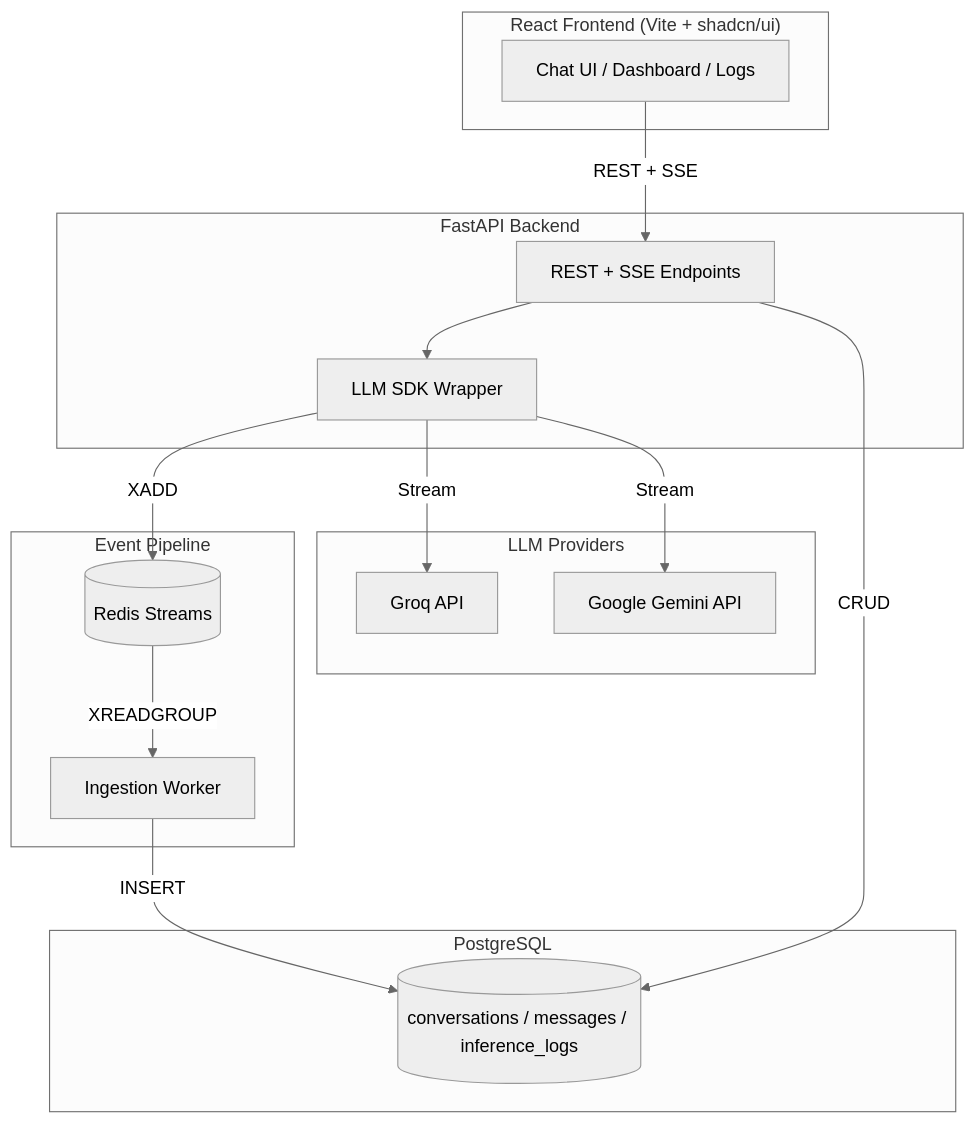
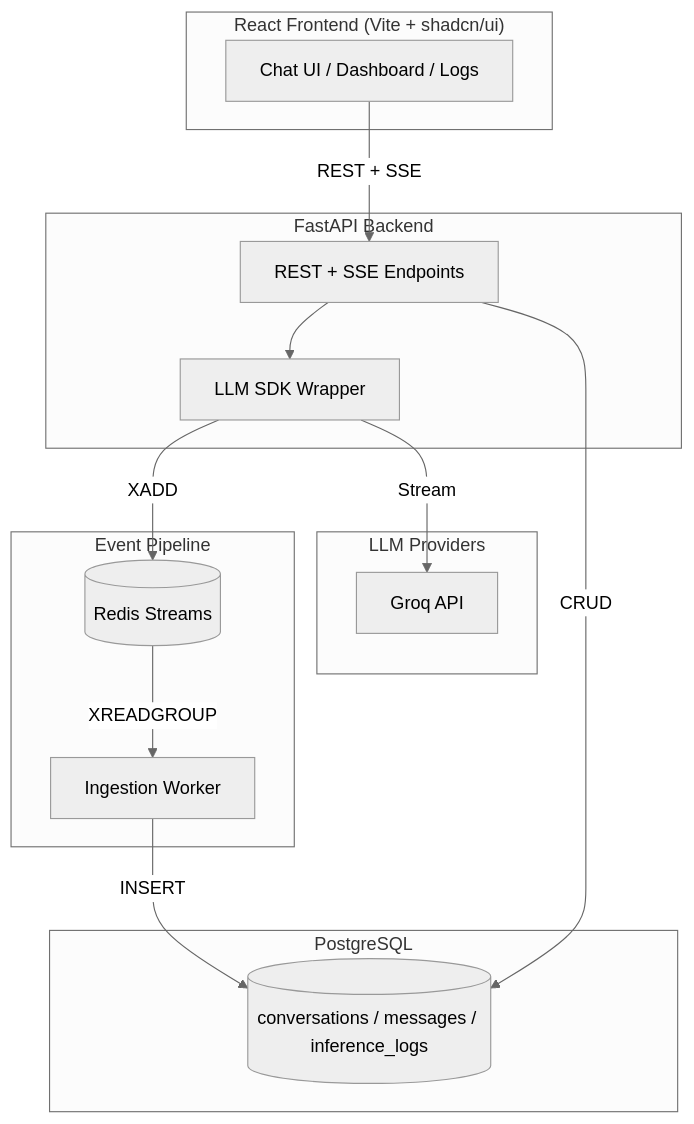
The first of 3 diagrams in README.md (hemanth-1321/chat-olive), drawn with Mermaid (neutral theme) before and after one commit. The commit also changed other lines of this file and 8 other files, not shown here.

````diff
--- a/README.md
+++ b/README.md
@@ -13,34 +14,32 @@
 ```mermaid
 graph TB
     subgraph Frontend["React Frontend (Vite + shadcn/ui)"]
         UI[Chat UI / Dashboard / Logs]
     end
 
     subgraph Backend["FastAPI Backend"]
         API[REST + SSE Endpoints]
         SDK[LLM SDK Wrapper]
     end
 
     subgraph Providers["LLM Providers"]
         Groq[Groq API]
-        Gemini[Google Gemini API]
     end
 
     subgraph Pipeline["Event Pipeline"]
         Redis[(Redis Streams)]
         Worker[Ingestion Worker]
     end
 
     subgraph Storage["PostgreSQL"]
         DB[(conversations / messages / inference_logs)]
     end
 
     UI -->|REST + SSE| API
     API --> SDK
     SDK -->|Stream| Groq
-    SDK -->|Stream| Gemini
     SDK -->|XADD| Redis
     Redis -->|XREADGROUP| Worker
     Worker -->|INSERT| DB
     API -->|CRUD| DB
 ```
````
